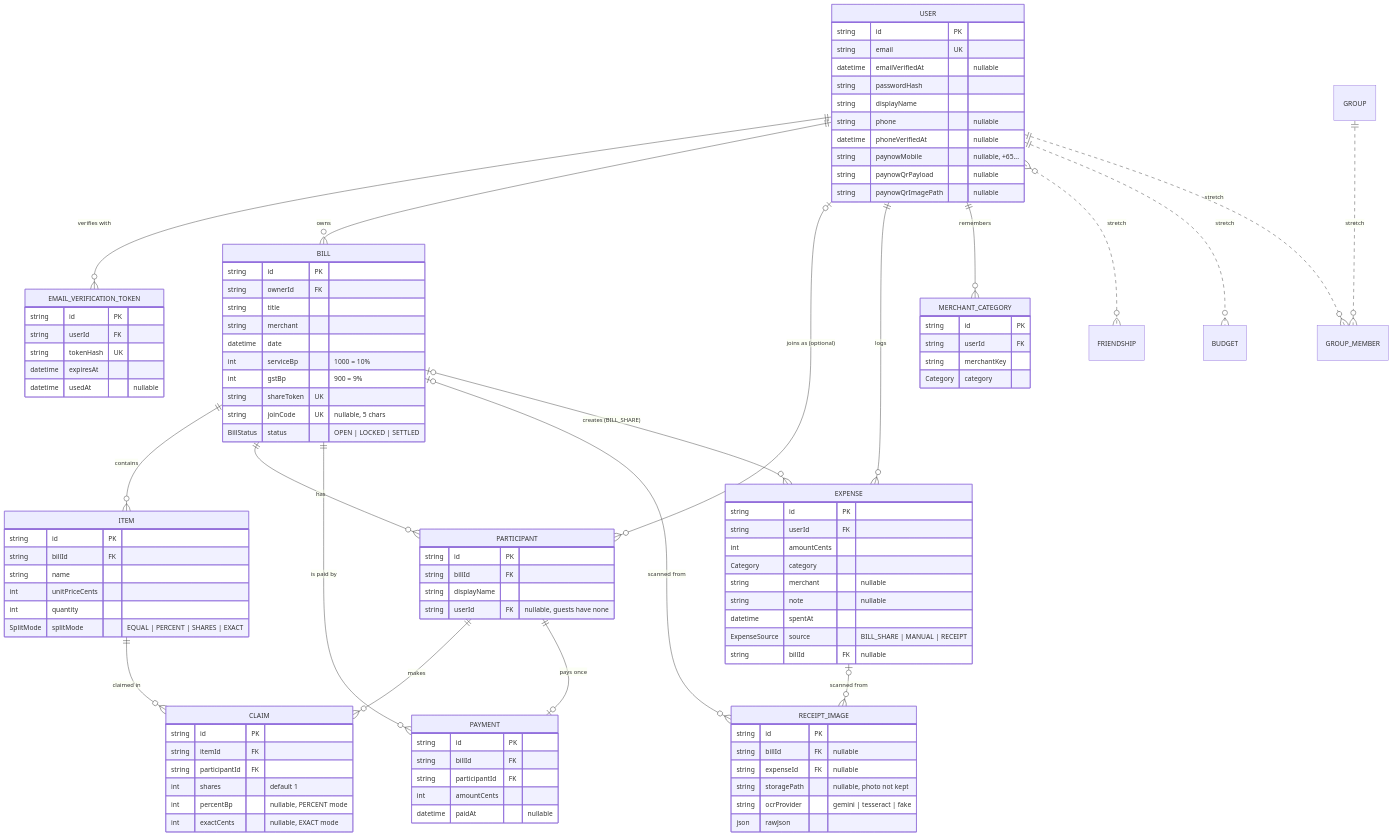
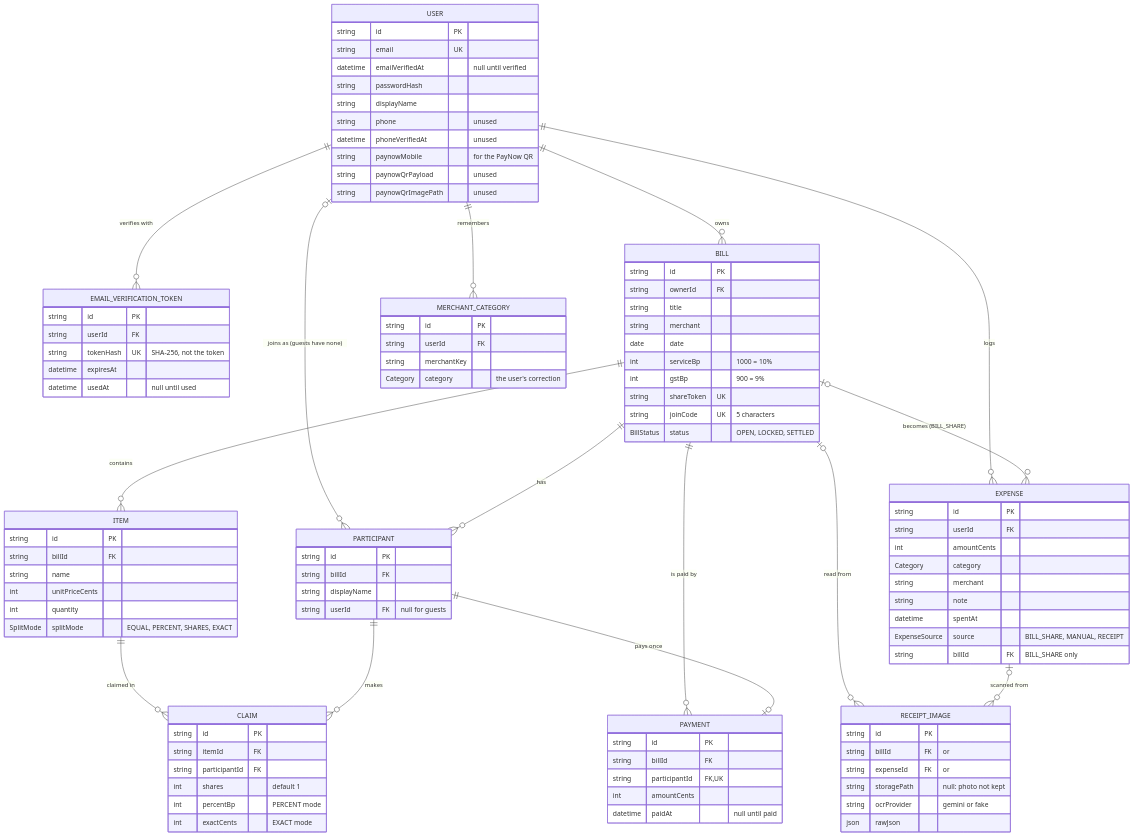
Before and after one commit to cheewei0123/ay2626s2-cicdp-ChongCheeWei: the diagram in docs/data-model.md, drawn with Mermaid. The commit also changed other lines of this file and 14 other files, not shown here.

First line of the commit message:
KAN-51 docs(diagrams): ER and pipeline diagrams from the current code, evidence index and coverage run (#100)

````diff
--- a/docs/data-model.md
+++ b/docs/data-model.md
@@ -9,110 +9,103 @@
 ```mermaid
 erDiagram
-    USER ||--o{ EMAIL_VERIFICATION_TOKEN : "verifies with"
-    USER ||--o{ BILL : owns
-    USER |o--o{ PARTICIPANT : "joins as (optional)"
-    USER ||--o{ EXPENSE : logs
-    USER ||--o{ MERCHANT_CATEGORY : remembers
+  USER ||--o{ EMAIL_VERIFICATION_TOKEN : "verifies with"
+  USER ||--o{ BILL : owns
+  USER |o--o{ PARTICIPANT : "joins as (guests have none)"
+  USER ||--o{ EXPENSE : logs
+  USER ||--o{ MERCHANT_CATEGORY : remembers
+  BILL ||--o{ ITEM : contains
+  BILL ||--o{ PARTICIPANT : has
+  BILL ||--o{ PAYMENT : "is paid by"
+  BILL |o--o{ EXPENSE : "becomes (BILL_SHARE)"
+  BILL |o--o{ RECEIPT_IMAGE : "read from"
+  ITEM ||--o{ CLAIM : "claimed in"
+  PARTICIPANT ||--o{ CLAIM : makes
+  PARTICIPANT ||--o| PAYMENT : "pays once"
+  EXPENSE |o--o{ RECEIPT_IMAGE : "scanned from"
 
-    BILL ||--o{ ITEM : contains
-    BILL ||--o{ PARTICIPANT : has
-    BILL ||--o{ PAYMENT : "is paid by"
-    BILL |o--o{ RECEIPT_IMAGE : "scanned from"
-    BILL |o--o{ EXPENSE : "creates (BILL_SHARE)"
-
-    ITEM ||--o{ CLAIM : "claimed in"
-    PARTICIPANT ||--o{ CLAIM : makes
-    PARTICIPANT ||--o| PAYMENT : "pays once"
-    EXPENSE |o--o{ RECEIPT_IMAGE : "scanned from"
-
-    USER }o..o{ FRIENDSHIP : "stretch"
-    USER ||..o{ BUDGET : "stretch"
-    GROUP ||..o{ GROUP_MEMBER : "stretch"
-    USER ||..o{ GROUP_MEMBER : "stretch"
-
-    USER {
-        string id PK
-        string email UK
-        datetime emailVerifiedAt "nullable"
-        string passwordHash
-        string displayName
-        string phone "nullable"
-        datetime phoneVerifiedAt "nullable"
-        string paynowMobile "nullable, +65..."
-        string paynowQrPayload "nullable"
-        string paynowQrImagePath "nullable"
-    }
-    EMAIL_VERIFICATION_TOKEN {
-        string id PK
-        string userId FK
-        string tokenHash UK
-        datetime expiresAt
-        datetime usedAt "nullable"
-    }
-    BILL {
-        string id PK
-        string ownerId FK
-        string title
-        string merchant
-        datetime date
-        int serviceBp "1000 = 10%"
-        int gstBp "900 = 9%"
-        string shareToken UK
-        string joinCode UK "nullable, 5 chars"
-        BillStatus status "OPEN | LOCKED | SETTLED"
-    }
-    ITEM {
-        string id PK
-        string billId FK
-        string name
-        int unitPriceCents
-        int quantity
-        SplitMode splitMode "EQUAL | PERCENT | SHARES | EXACT"
-    }
-    PARTICIPANT {
-        string id PK
-        string billId FK
-        string displayName
-        string userId FK "nullable, guests have none"
-    }
-    CLAIM {
-        string id PK
-        string itemId FK
-        string participantId FK
-        int shares "default 1"
-        int percentBp "nullable, PERCENT mode"
-        int exactCents "nullable, EXACT mode"
-    }
-    PAYMENT {
-        string id PK
-        string billId FK
-        string participantId FK
-        int amountCents
-        datetime paidAt "nullable"
-    }
-    RECEIPT_IMAGE {
-        string id PK
-        string billId FK "nullable"
-        string expenseId FK "nullable"
-        string storagePath "nullable, photo not kept"
-        string ocrProvider "gemini | tesseract | fake"
-        json rawJson
-    }
-    EXPENSE {
-        string id PK
-        string userId FK
-        int amountCents
-        Category category
-        string merchant "nullable"
-        string note "nullable"
-        datetime spentAt
-        ExpenseSource source "BILL_SHARE | MANUAL | RECEIPT"
-        string billId FK "nullable"
-    }
-    MERCHANT_CATEGORY {
-        string id PK
-        string userId FK
-        string merchantKey
-        Category category
-    }
+  USER {
+    string id PK
+    string email UK
+    datetime emailVerifiedAt "null until verified"
+    string passwordHash
+    string displayName
+    string phone "unused"
+    datetime phoneVerifiedAt "unused"
+    string paynowMobile "for the PayNow QR"
+    string paynowQrPayload "unused"
+    string paynowQrImagePath "unused"
+  }
+  EMAIL_VERIFICATION_TOKEN {
+    string id PK
+    string userId FK
+    string tokenHash UK "SHA-256, not the token"
+    datetime expiresAt
+    datetime usedAt "null until used"
+  }
+  BILL {
+    string id PK
+    string ownerId FK
+    string title
+    string merchant
+    date date
+    int serviceBp "1000 = 10%"
+    int gstBp "900 = 9%"
+    string shareToken UK
+    string joinCode UK "5 characters"
+    BillStatus status "OPEN, LOCKED, SETTLED"
+  }
+  ITEM {
+    string id PK
+    string billId FK
+    string name
+    int unitPriceCents
+    int quantity
+    SplitMode splitMode "EQUAL, PERCENT, SHARES, EXACT"
+  }
+  PARTICIPANT {
+    string id PK
+    string billId FK
+    string displayName
+    string userId FK "null for guests"
+  }
+  CLAIM {
+    string id PK
+    string itemId FK
+    string participantId FK
+    int shares "default 1"
+    int percentBp "PERCENT mode"
+    int exactCents "EXACT mode"
+  }
+  PAYMENT {
+    string id PK
+    string billId FK
+    string participantId FK,UK
+    int amountCents
+    datetime paidAt "null until paid"
+  }
+  RECEIPT_IMAGE {
+    string id PK
+    string billId FK "or"
+    string expenseId FK "or"
+    string storagePath "null: photo not kept"
+    string ocrProvider "gemini or fake"
+    json rawJson
+  }
+  EXPENSE {
+    string id PK
+    string userId FK
+    int amountCents
+    Category category
+    string merchant
+    string note
+    datetime spentAt
+    ExpenseSource source "BILL_SHARE, MANUAL, RECEIPT"
+    string billId FK "BILL_SHARE only"
+  }
+  MERCHANT_CATEGORY {
+    string id PK
+    string userId FK
+    string merchantKey
+    Category category "the user's correction"
+  }
 ```
````
